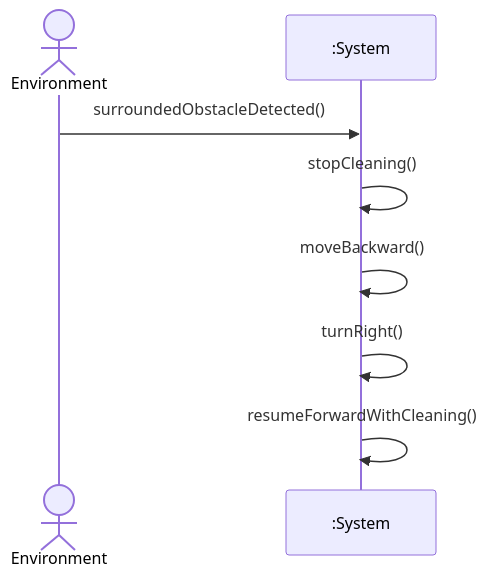
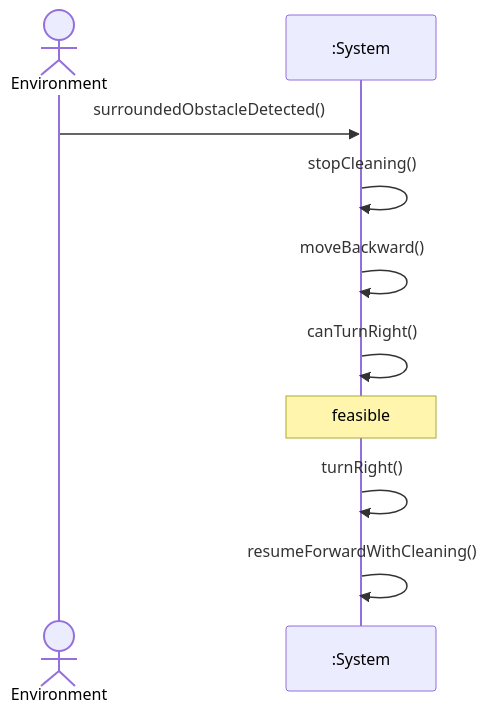
One commit to yul2yak/rvc_control_ooad changed the second of 3 diagrams in docs/OOA/UseCases/UC-003.md. Above: the diagram before and after it, drawn with Mermaid. The commit also changed other lines of this file and 2 other files, not shown here.

````diff
--- a/docs/OOA/UseCases/UC-003.md
+++ b/docs/OOA/UseCases/UC-003.md
@@ -78,10 +79,12 @@
 ```mermaid
 sequenceDiagram
 actor E as Environment
 participant S as :System
 E->>S: surroundedObstacleDetected()
 S->>S: stopCleaning()
 S->>S: moveBackward()
+S->>S: canTurnRight()
+Note over S: feasible
 S->>S: turnRight()
 S->>S: resumeForwardWithCleaning()
 ```
````
